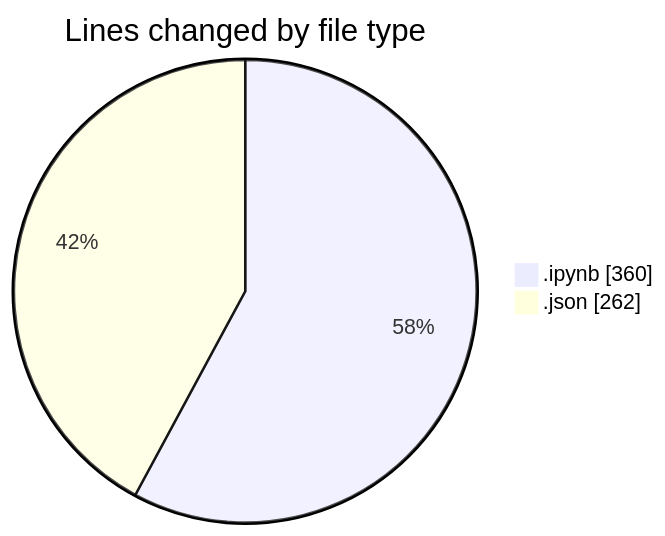
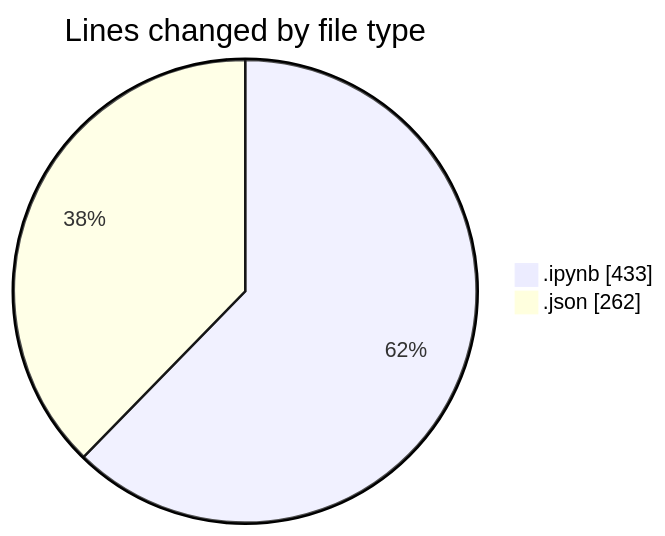
Before and after one commit to idhammustaqopulfikri/code-tracking: the first of 2 diagrams in 2025-10-13/mencoba/README.md, drawn with Mermaid. The commit also changed other lines of this file and 1 other file, not shown here.

````diff
--- a/2025-10-13/mencoba/README.md
+++ b/2025-10-13/mencoba/README.md
@@ -21,6 +21,6 @@
 ```mermaid
 pie showData
 title Lines changed by file type
-".ipynb" : 360
+".ipynb" : 433
 ".json" : 262
 ```
````
